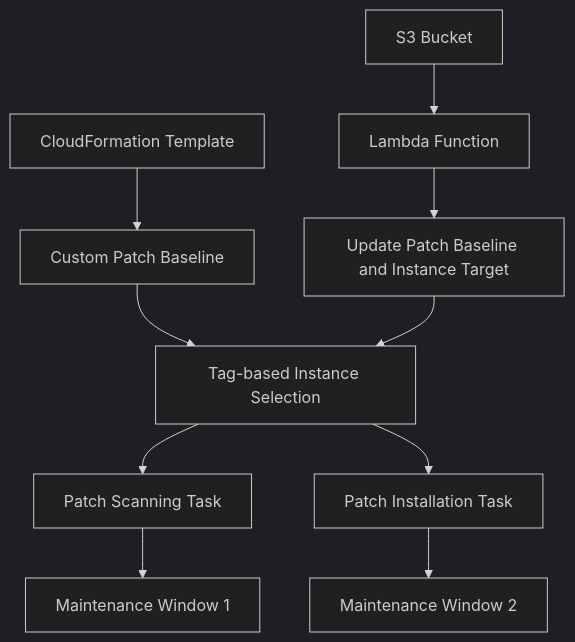
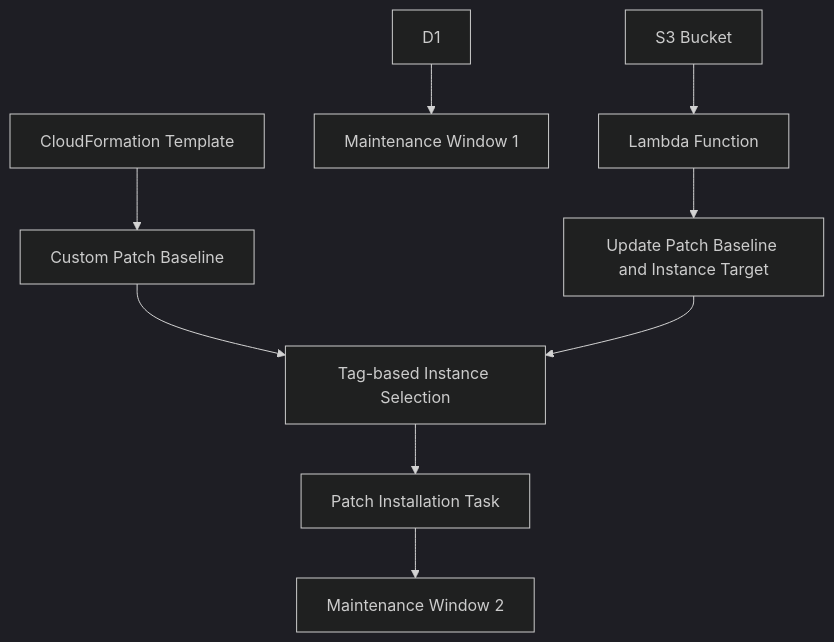
The diagram in README.md (devopsyug/aws-patch-manager), drawn with Mermaid (dark theme) before and after one commit.

````diff
--- a/README.md
+++ b/README.md
@@ -19,15 +19,14 @@
 ```mermaid
 graph TD
     A[CloudFormation Template] --> B[Custom Patch Baseline]
     B --> C[Tag-based Instance Selection]
-    C --> D1[Patch Scanning Task]
     C --> D2[Patch Installation Task]
     D1 --> E[Maintenance Window 1]
     D2 --> F[Maintenance Window 2]
 
     G[S3 Bucket] --> H[Lambda Function]
     H --> I[Update Patch Baseline and Instance Target]
     I --> C
 
 
 ```    
````
